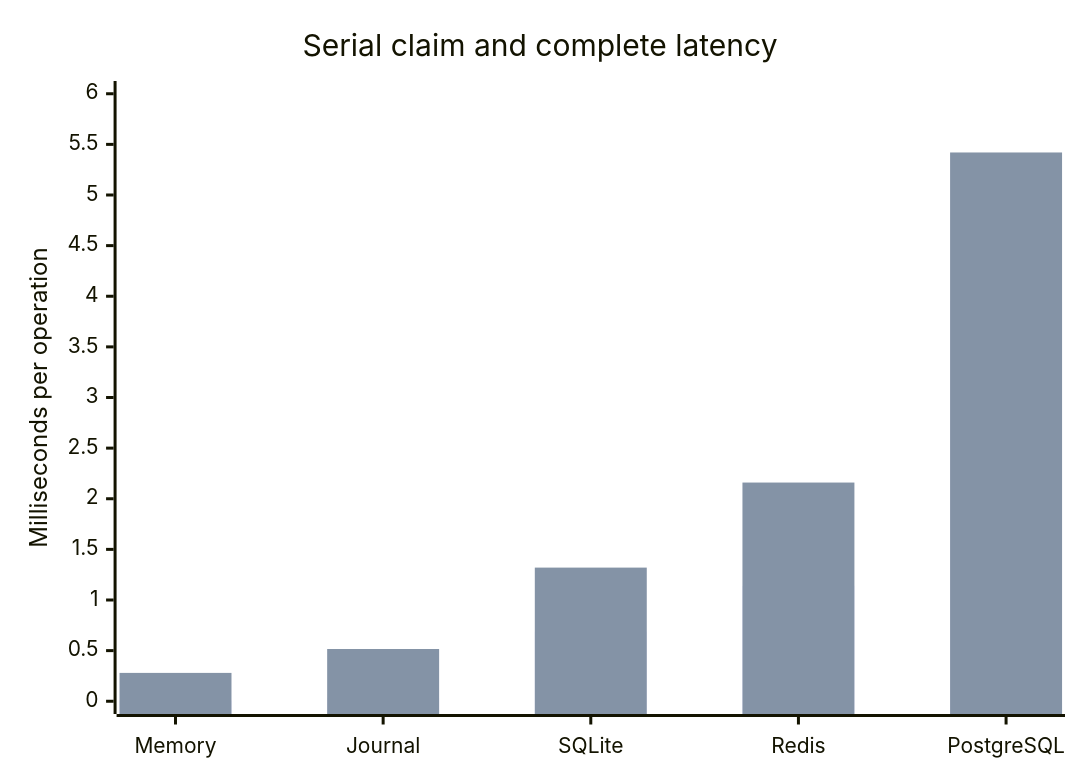
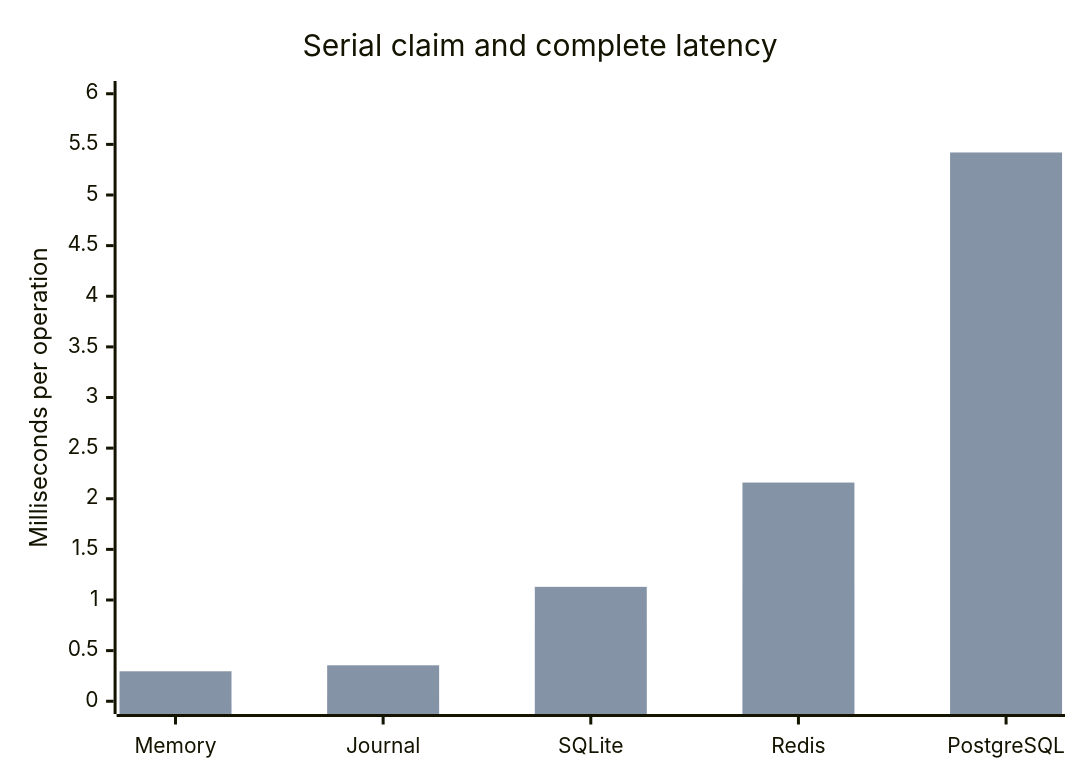
The diagram in pkg/testing/benchmark/results-2026-08-28.md (shiblon/entroq), drawn with Mermaid before and after one commit. The commit also changed other lines of this file, not shown here.

````diff
--- a/pkg/testing/benchmark/results-2026-08-28.md
+++ b/pkg/testing/benchmark/results-2026-08-28.md
@@ -44,8 +48,8 @@
 ```mermaid
 xychart-beta
     title "Serial claim and complete latency"
     x-axis [Memory, Journal, SQLite, Redis, PostgreSQL]
     y-axis "Milliseconds per operation" 0 --> 6
-    bar [0.00567, 0.0348, 0.688, 1.14, 3.95]
-    bar [0.280, 0.516, 1.32, 2.16, 5.42]
+    bar [0.00674, 0.0334, 0.737, 1.14, 3.95]
+    bar [0.296, 0.355, 1.13, 2.16, 5.42]
 ```
````
